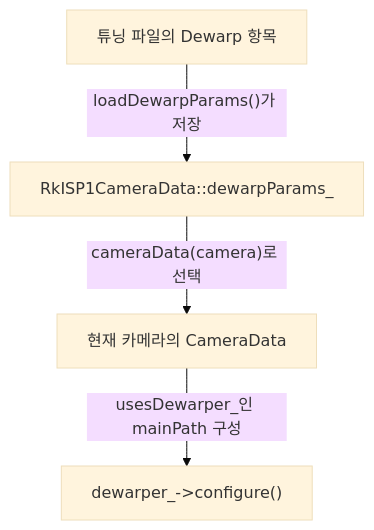
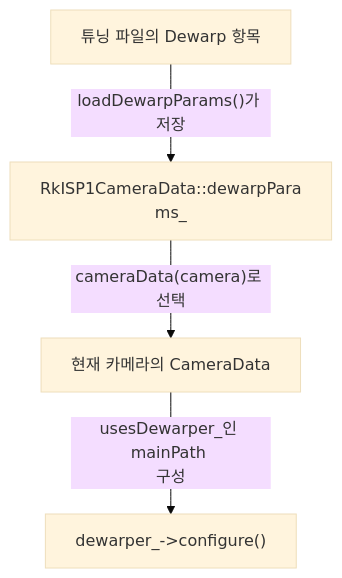
Before and after one commit to TTolsun/libcamera-sdd: the first of 2 diagrams in docs/rkisp1-dewarp.md, drawn with Mermaid (base theme). The commit also changed other lines of this file and 125 other files, not shown here.

````diff
--- a/docs/rkisp1-dewarp.md
+++ b/docs/rkisp1-dewarp.md
@@ -32,11 +33,11 @@
 ```mermaid
 flowchart TB
-%% sdd:translations {"RkISP1CameraData::dewarpParams_": "RkISP1CameraData::dewarpParams_", "cameraData(camera)로 선택": "Select with cameraData(camera)", "dewarper_-&gt;configure()": "dewarper_-&gt;configure()", "loadDewarpParams()가 저장": "loadDewarpParams() stores parameters", "usesDewarper_인 mainPath 구성": "Configure mainPath when usesDewarper_", "튜닝 파일의 Dewarp 항목": "Dewarp entry in tuning file", "현재 카메라의 CameraData": "Current camera CameraData"}
+%% sdd:translations {"RkISP1CameraData::dewarpPara<br/>ms_": "RkISP1CameraData::dewarpPara<br/>ms_", "cameraData(camera)로 선택": "Select with <br/>cameraData(camera)", "dewarper_-&gt;configure()": "dewarper_-&gt;configure()", "loadDewarpParams()가 저장": "loadDewarpParams() stores <br/>parameters", "usesDewarper_인 mainPath <br/>구성": "Configure mainPath when <br/>usesDewarper_", "튜닝 파일의 Dewarp 항목": "Dewarp entry in tuning file", "현재 카메라의 CameraData": "Current camera CameraData"}
   v_tuning["튜닝 파일의 Dewarp 항목"]
-  v_camera["RkISP1CameraData::dewarpParams_"]
+  v_camera["RkISP1CameraData::dewarpPara<br/>ms_"]
   v_configure["현재 카메라의 CameraData"]
   v_converter["dewarper_-&gt;configure()"]
   v_tuning -->|"loadDewarpParams()가 저장"| v_camera
   v_camera -->|"cameraData(camera)로 선택"| v_configure
-  v_configure -->|"usesDewarper_인 mainPath 구성"| v_converter
+  v_configure -->|"usesDewarper_인 mainPath <br/>구성"| v_converter
 ```
````
